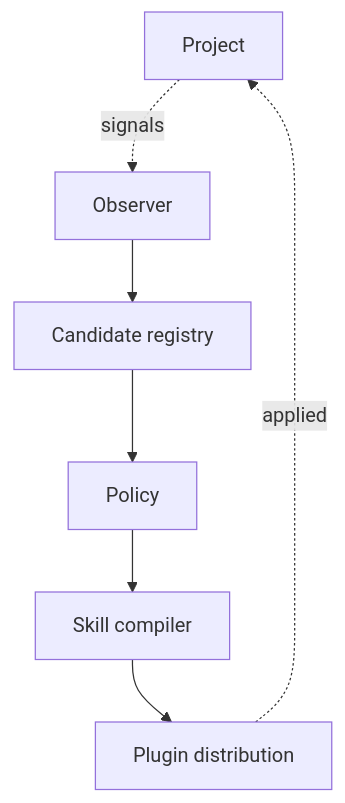
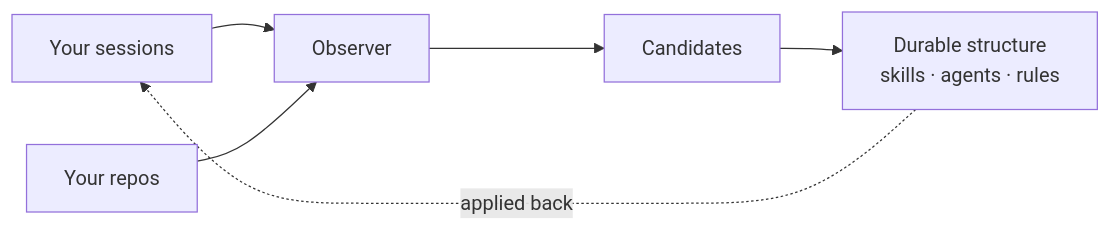
Before and after one commit to Lizo-RoadTown/tapestry: the diagram in apps/docs-site/src/content/docs/explanation/the-observer.md, drawn with Mermaid. The commit also changed other lines of this file and 11 other files, not shown here.

````diff
--- a/apps/docs-site/src/content/docs/explanation/the-observer.md
+++ b/apps/docs-site/src/content/docs/explanation/the-observer.md
@@ -8,15 +23,8 @@
 ```mermaid
-flowchart TB
-    P[Project]
-    OBS[Observer]
-    CR[Candidate registry]
-    POL[Policy]
-    SC[Skill compiler]
-    PL[Plugin distribution]
-    P -.signals.-> OBS
-    OBS --> CR
-    CR --> POL
-    POL --> SC
-    SC --> PL
-    PL -.applied.-> P
+flowchart LR
+    S[Your sessions] --> O[Observer]
+    R[Your repos] --> O
+    O --> C[Candidates]
+    C --> D[Durable structure<br/>skills · agents · rules]
+    D -.applied back.-> S
 ```
````
